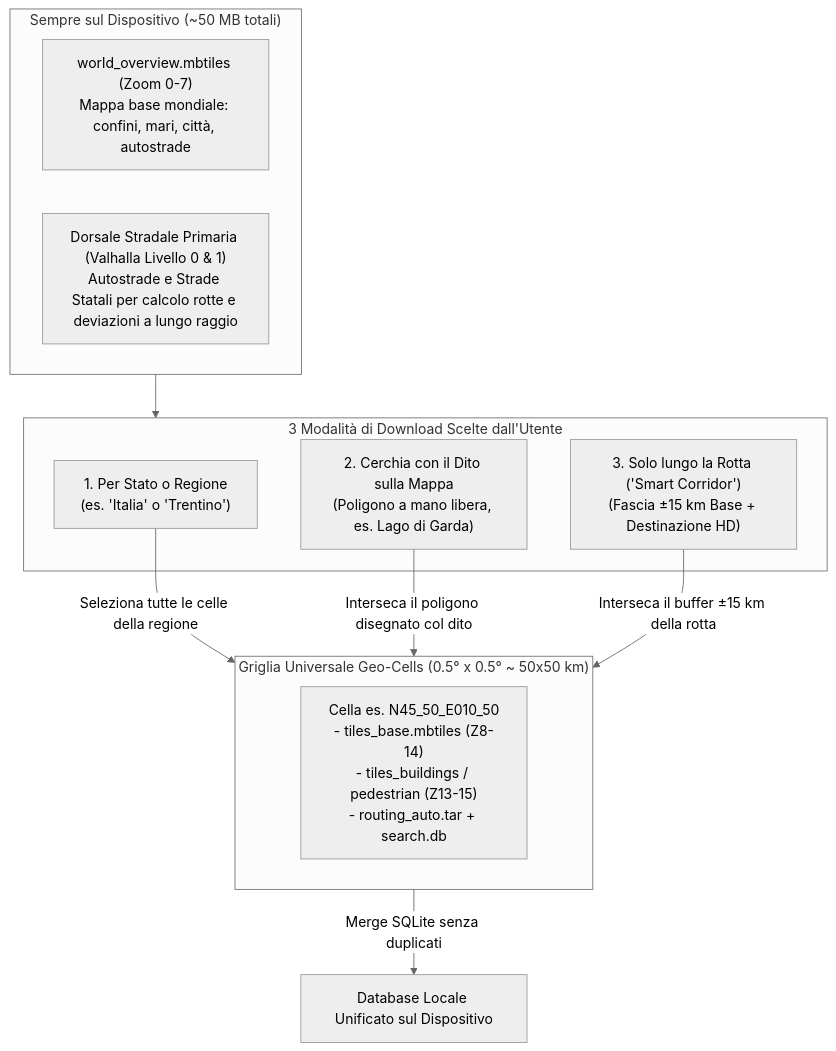
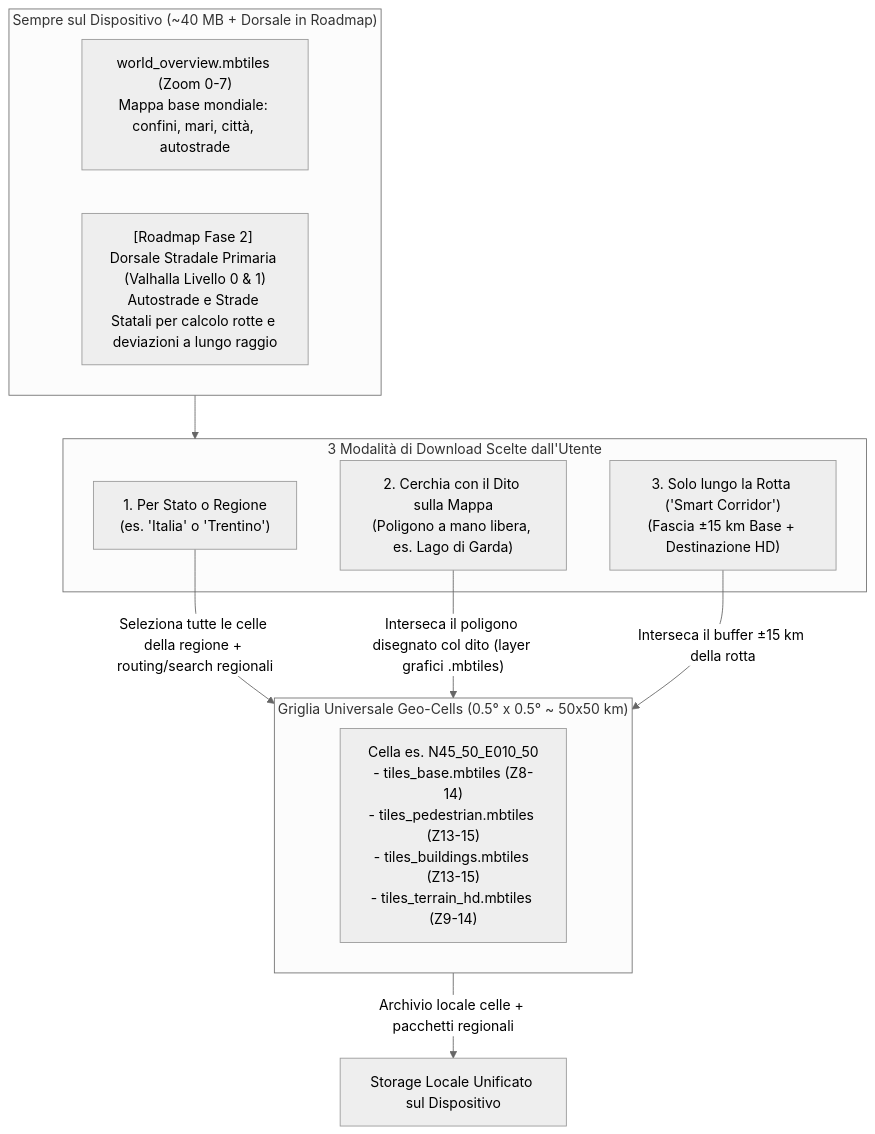
The fifth of 6 diagrams in .doc/01_generazione_mappe.md (pisolofin/narotta), drawn with Mermaid (neutral theme) before and after one commit. The commit also changed other lines of this file and 11 other files, not shown here.

````diff
--- a/.doc/01_generazione_mappe.md
+++ b/.doc/01_generazione_mappe.md
@@ -262,23 +262,23 @@
 ```mermaid
 flowchart TD
-    subgraph BaseDevice ["Sempre sul Dispositivo (~50 MB totali)"]
+    subgraph BaseDevice ["Sempre sul Dispositivo (~40 MB + Dorsale in Roadmap)"]
         OV["world_overview.mbtiles (Zoom 0-7)<br/>Mappa base mondiale: confini, mari, città, autostrade"]
-        BB["Dorsale Stradale Primaria (Valhalla Livello 0 & 1)<br/>Autostrade e Strade Statali per calcolo rotte e deviazioni a lungo raggio"]
+        BB["[Roadmap Fase 2] Dorsale Stradale Primaria (Valhalla Livello 0 & 1)<br/>Autostrade e Strade Statali per calcolo rotte e deviazioni a lungo raggio"]
     end
 
     subgraph Modes ["3 Modalità di Download Scelte dall'Utente"]
         M1["1. Per Stato o Regione<br/>(es. 'Italia' o 'Trentino')"]
         M2["2. Cerchia con il Dito sulla Mappa<br/>(Poligono a mano libera, es. Lago di Garda)"]
         M3["3. Solo lungo la Rotta ('Smart Corridor')<br/>(Fascia ±15 km Base + Destinazione HD)"]
     end
 
     subgraph Grid ["Griglia Universale Geo-Cells (0.5° x 0.5° ~ 50x50 km)"]
-        CELL["Cella es. N45_50_E010_50<br/>- tiles_base.mbtiles (Z8-14)<br/>- tiles_buildings / pedestrian (Z13-15)<br/>- routing_auto.tar + search.db"]
+        CELL["Cella es. N45_50_E010_50<br/>- tiles_base.mbtiles (Z8-14)<br/>- tiles_pedestrian.mbtiles (Z13-15)<br/>- tiles_buildings.mbtiles (Z13-15)<br/>- tiles_terrain_hd.mbtiles (Z9-14)"]
     end
 
     BaseDevice --> Modes
-    M1 -->|"Seleziona tutte le celle della regione"| Grid
-    M2 -->|"Interseca il poligono disegnato col dito"| Grid
+    M1 -->|"Seleziona tutte le celle della regione + routing/search regionali"| Grid
+    M2 -->|"Interseca il poligono disegnato col dito (layer grafici .mbtiles)"| Grid
     M3 -->|"Interseca il buffer ±15 km della rotta"| Grid
-    Grid -->|"Merge SQLite senza duplicati"| LocalDB["Database Locale Unificato sul Dispositivo"]
+    Grid -->|"Archivio locale celle + pacchetti regionali"| LocalDB["Storage Locale Unificato sul Dispositivo"]
 ```
````
